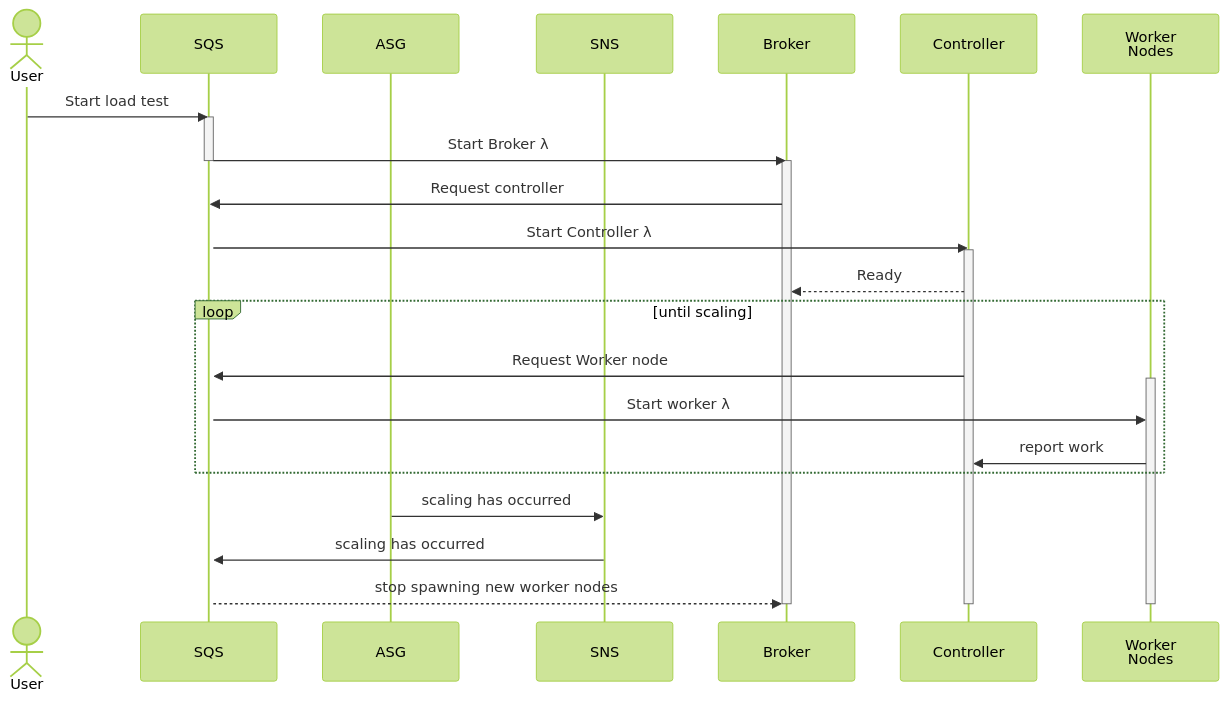
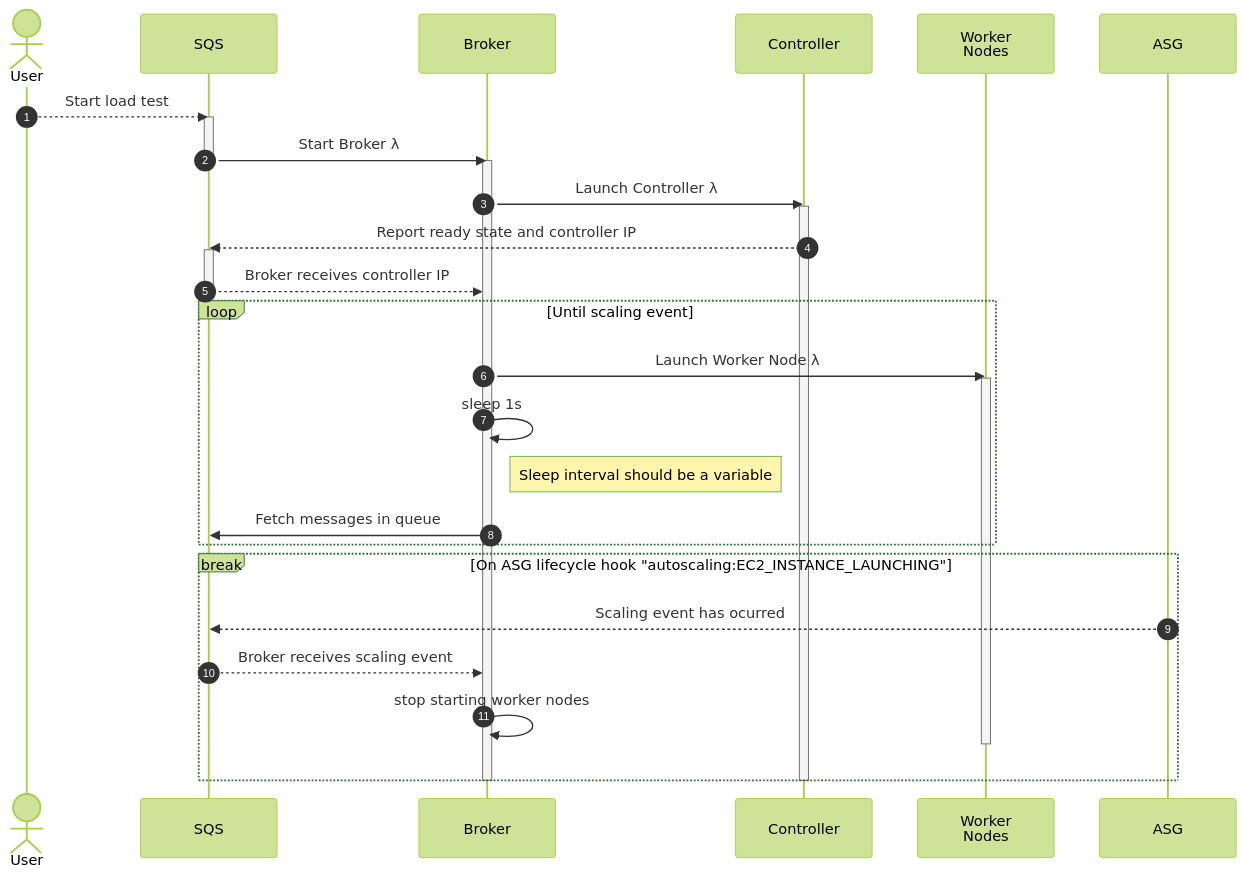
The diagram in apps/utils/locust_tests/lambda/server-load/README.md (CMSgov/beneficiary-fhir-data), drawn with Mermaid (forest theme) before and after one commit.

Commit message:
Remove SNS from diagram, update diagram

````diff
--- a/apps/utils/locust_tests/lambda/server-load/README.md
+++ b/apps/utils/locust_tests/lambda/server-load/README.md
@@ -1,32 +1,36 @@
 ```mermaid
 sequenceDiagram
+    autonumber
     actor u as User
     participant sqs as SQS
-    participant asg as ASG
-    participant sns as SNS
     participant b as Broker
     participant c as Controller
     participant n AS Worker<br />Nodes
-    u ->> sqs: Start load test
+    participant asg as ASG
+    u -->> sqs: Start load test
     activate sqs
     sqs ->> b: Start Broker #lambda;
     deactivate sqs
     activate b
-    b ->> sqs: Request controller
+    b ->> c: Launch Controller #lambda;
+    activate c
+    c -->> sqs: Report ready state and controller IP
     activate sqs
-    sqs ->> c: Start Controller #lambda;
-    activate c
-    c -->> b: Ready
-    loop until scaling
-        c ->> sqs: Request Worker node
+    sqs -->> b: Broker receives controller IP
+    deactivate sqs
+    loop Until scaling event
+        b ->> n: Launch Worker Node #lambda;
         activate n
-        sqs ->> n: Start worker #lambda;
-        n ->> c: report work
+        b ->> b: sleep 1s
+        Note right of b: Sleep interval should be a variable
+        b ->> sqs: Fetch messages in queue
     end
-    asg ->> sns: scaling has occurred
-    sns ->> sqs: scaling has occurred
-    sqs -->> b: stop spawning new worker nodes
-    deactivate n
+    break On ASG lifecycle hook "autoscaling:EC2_INSTANCE_LAUNCHING"
+        asg -->> sqs: Scaling event has ocurred
+        sqs -->> b: Broker receives scaling event
+        b ->> b: stop starting worker nodes
+        deactivate n
+    end
     deactivate c
     deactivate b
 ```
````
